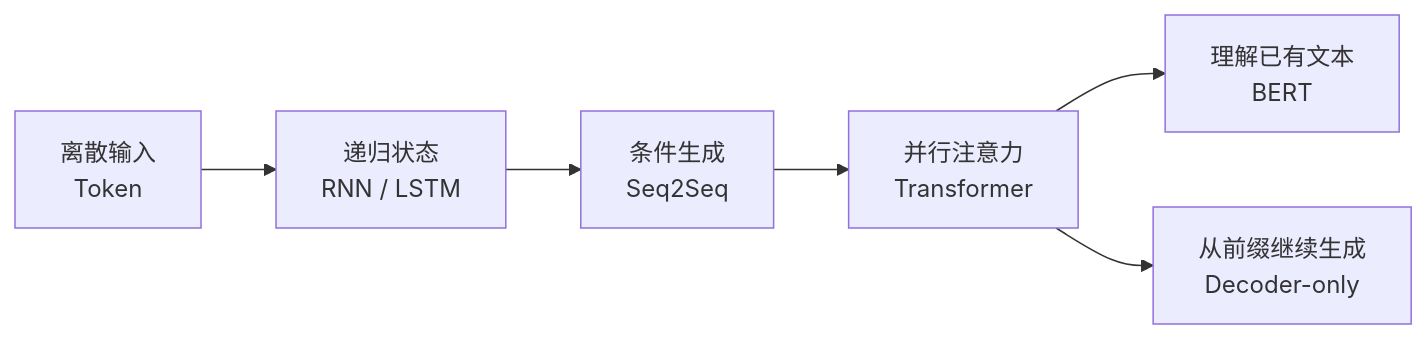
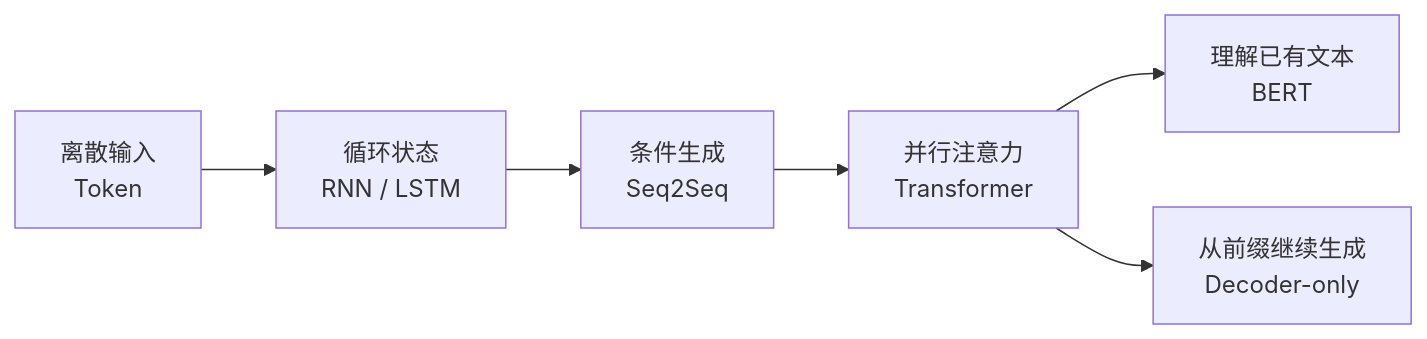
One commit to Juggernaut0825/cooking-agi changed the diagram in 00-foundations/core/README.md. Above: the diagram before and after it, drawn with Mermaid. The commit also changed other lines of this file and 76 other files, not shown here.

First line of the commit message:
Review pass: foundations and architecture notes (47 notes, both languages) (#84)

````diff
--- a/00-foundations/core/README.md
+++ b/00-foundations/core/README.md
@@ -15,8 +16,8 @@
 ```mermaid
 flowchart LR
-    A["离散输入<br/>Token"] --> B["递归状态<br/>RNN / LSTM"]
+    A["离散输入<br/>Token"] --> B["循环状态<br/>RNN / LSTM"]
     B --> C["条件生成<br/>Seq2Seq"]
     C --> D["并行注意力<br/>Transformer"]
     D --> E["理解已有文本<br/>BERT"]
     D --> F["从前缀继续生成<br/>Decoder-only"]
 ```
````
